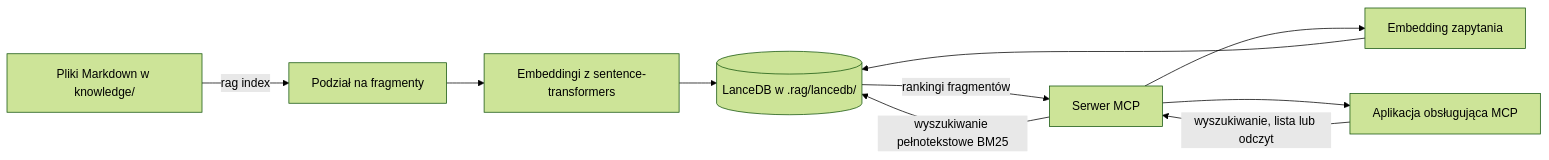
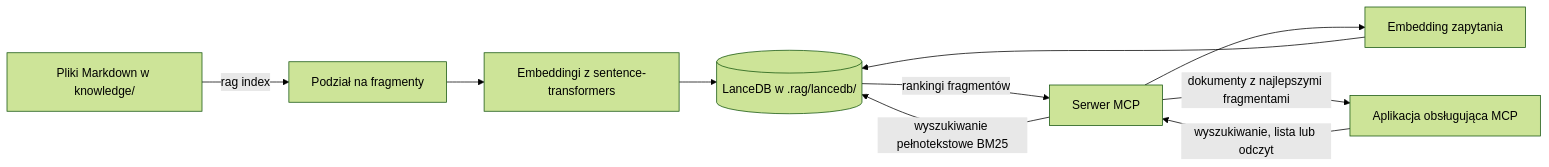
Before and after one commit to 01miru/simple-rag: the diagram in README.md, drawn with Mermaid (forest theme). The commit also changed other lines of this file and 14 other files, not shown here.

````diff
--- a/README.md
+++ b/README.md
@@ -11,12 +11,12 @@
 ```mermaid
 flowchart LR
     A[Pliki Markdown w knowledge/] -->|rag index| B[Podział na fragmenty]
     B --> C[Embeddingi z sentence-transformers]
     C --> D[(LanceDB w .rag/lancedb/)]
     E[Aplikacja obsługująca MCP] -->|wyszukiwanie, lista lub odczyt| F[Serwer MCP]
     F --> G[Embedding zapytania]
     G --> D
     F -->|wyszukiwanie pełnotekstowe BM25| D
     D -->|rankingi fragmentów| F
-    F --> E
+    F -->|dokumenty z najlepszymi fragmentami| E
 ```
````
